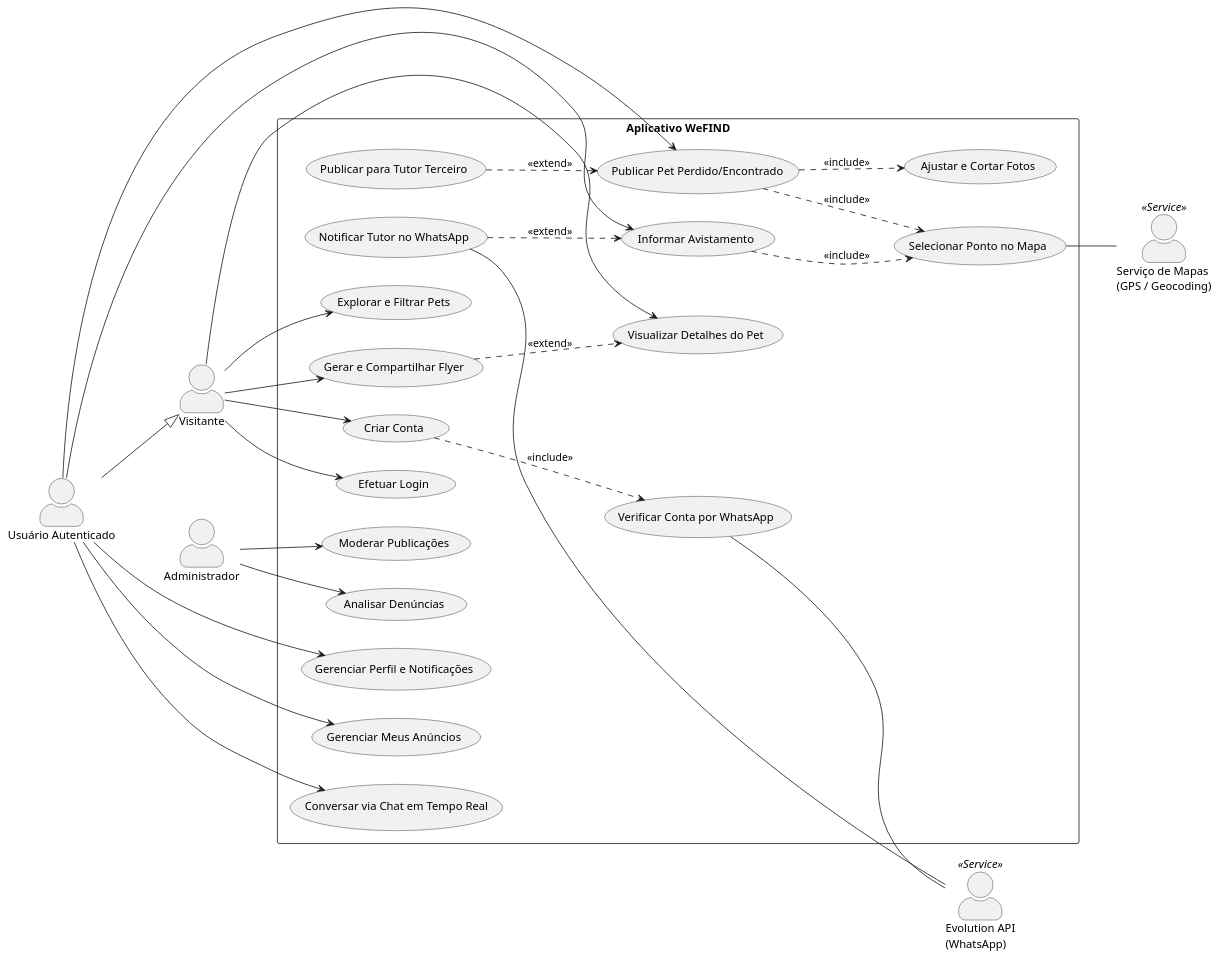
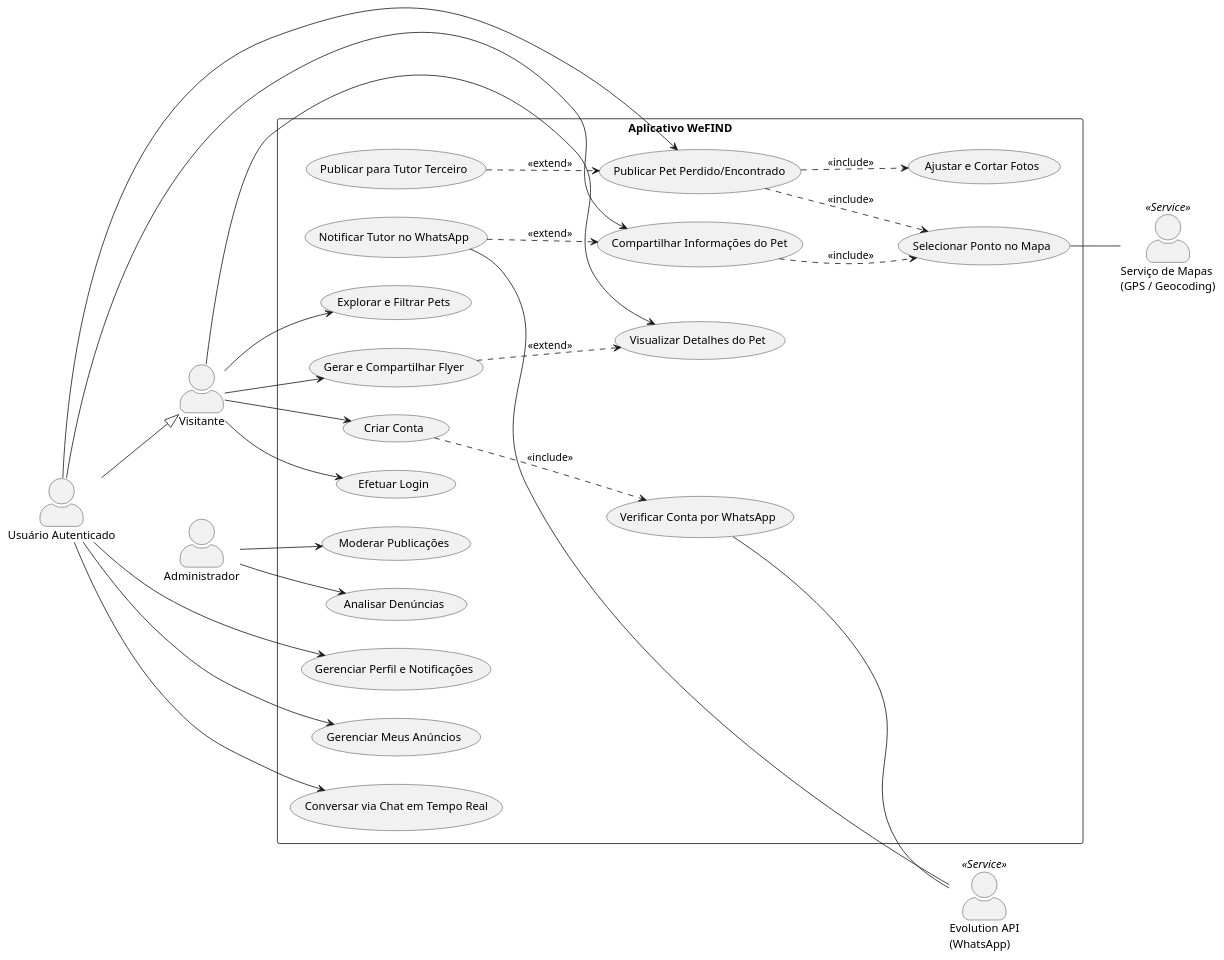
Before and after one commit to LuisHenriqueTSI/tcc_recover_aplicativo: the diagram in docs/LUCIDCHART_PROMPT.md, drawn with PlantUML. The commit also changed other lines of this file and 12 other files, not shown here.

````diff
--- a/docs/LUCIDCHART_PROMPT.md
+++ b/docs/LUCIDCHART_PROMPT.md
@@ -62,63 +62,63 @@
 ```plantuml
 @startuml
 left to right direction
 skinparam packageStyle rectangle
 skinparam actorStyle awesome
 
 actor "Visitante" as Visitor
 actor "Usuário Autenticado" as User
 actor "Administrador" as Admin
 actor "Evolution API\n(WhatsApp)" as WhatsApp <<Service>>
 actor "Serviço de Mapas\n(GPS / Geocoding)" as Maps <<Service>>
 
 User --|> Visitor
 
 rectangle "Aplicativo WeFIND" {
   usecase "Criar Conta" as UC1
   usecase "Verificar Conta por WhatsApp" as UC2
   usecase "Efetuar Login" as UC3
   usecase "Gerenciar Perfil e Notificações" as UC4
   usecase "Explorar e Filtrar Pets" as UC5
   usecase "Visualizar Detalhes do Pet" as UC6
   usecase "Publicar Pet Perdido/Encontrado" as UC7
   usecase "Ajustar e Cortar Fotos" as UC8
   usecase "Publicar para Tutor Terceiro" as UC9
   usecase "Gerar e Compartilhar Flyer" as UC10
   usecase "Gerenciar Meus Anúncios" as UC11
-  usecase "Informar Avistamento" as UC12
+  usecase "Compartilhar Informações do Pet" as UC12
   usecase "Selecionar Ponto no Mapa" as UC13
   usecase "Notificar Tutor no WhatsApp" as UC14
   usecase "Conversar via Chat em Tempo Real" as UC15
   usecase "Moderar Publicações" as UC16
   usecase "Analisar Denúncias" as UC17
 }
 
 Visitor --> UC1
 Visitor --> UC3
 Visitor --> UC5
 Visitor --> UC6
 Visitor --> UC10
 
 User --> UC7
 User --> UC12
 User --> UC15
 User --> UC11
 User --> UC4
 
 Admin --> UC16
 Admin --> UC17
 
 UC1 ..> UC2 : <<include>>
 UC7 ..> UC8 : <<include>>
 UC7 ..> UC13 : <<include>>
 UC12 ..> UC13 : <<include>>
 
 UC9 ..> UC7 : <<extend>>
 UC14 ..> UC12 : <<extend>>
 UC10 ..> UC6 : <<extend>>
 
 UC2 -- WhatsApp
 UC14 -- WhatsApp
 UC13 -- Maps
 @enduml
 ```
````
